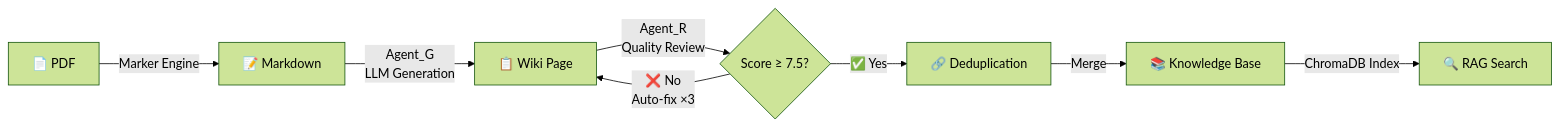
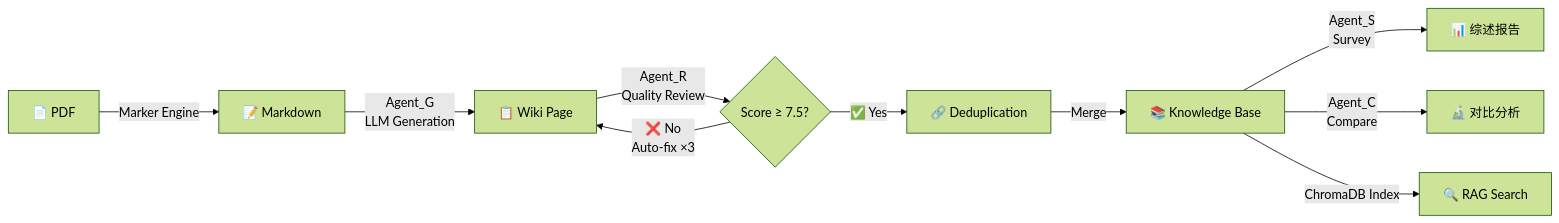
One commit to ceasarboy/llm-wiki changed the first of 5 diagrams in README.md. Above: the diagram before and after it, drawn with Mermaid (forest theme). The commit also changed other lines of this file and 19 other files, not shown here.

````diff
--- a/README.md
+++ b/README.md
@@ -29,10 +29,12 @@
 ```mermaid
 flowchart LR
     A["📄 PDF"] -->|"Marker Engine"| B["📝 Markdown"]
     B -->|"Agent_G<br/>LLM Generation"| C["📋 Wiki Page"]
     C -->|"Agent_R<br/>Quality Review"| D{"Score ≥ 7.5?"}
     D -->|"✅ Yes"| E["🔗 Deduplication"]
     D -->|"❌ No<br/>Auto-fix ×3"| C
     E -->|"Merge"| F["📚 Knowledge Base"]
-    F -->|"ChromaDB Index"| G["🔍 RAG Search"]
+    F -->|"Agent_S<br/>Survey"| G1["📊 综述报告"]
+    F -->|"Agent_C<br/>Compare"| G2["🔬 对比分析"]
+    F -->|"ChromaDB Index"| H["🔍 RAG Search"]
 ```
````
